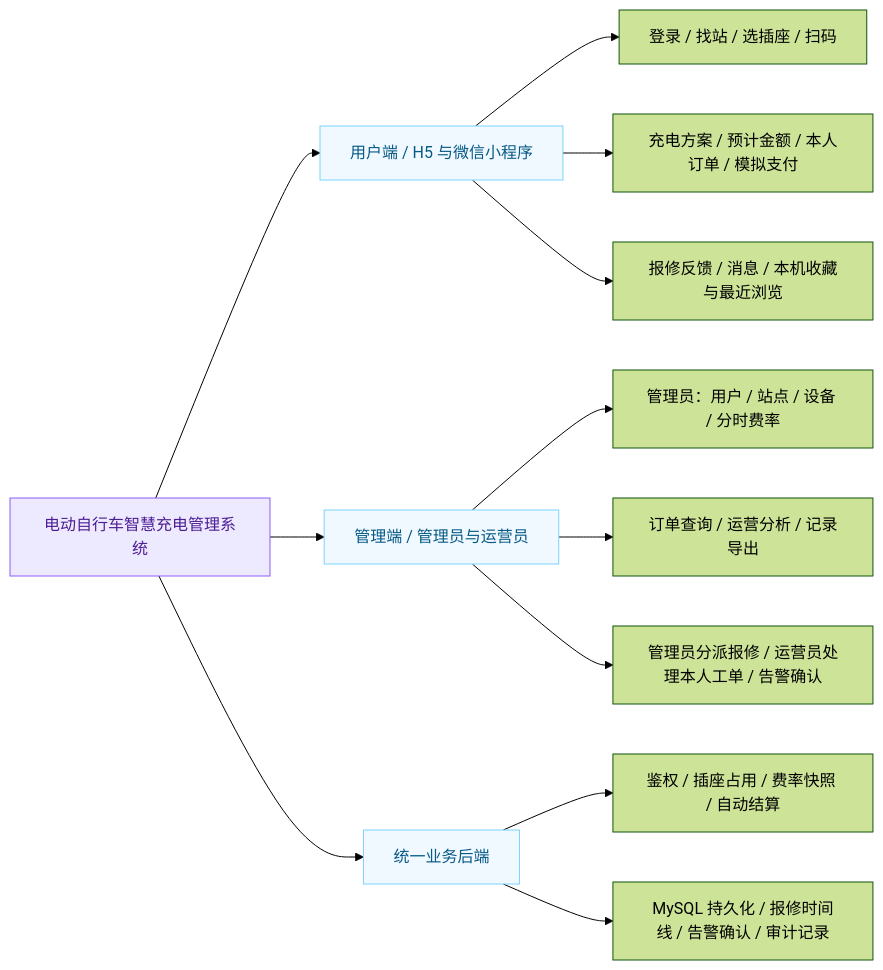
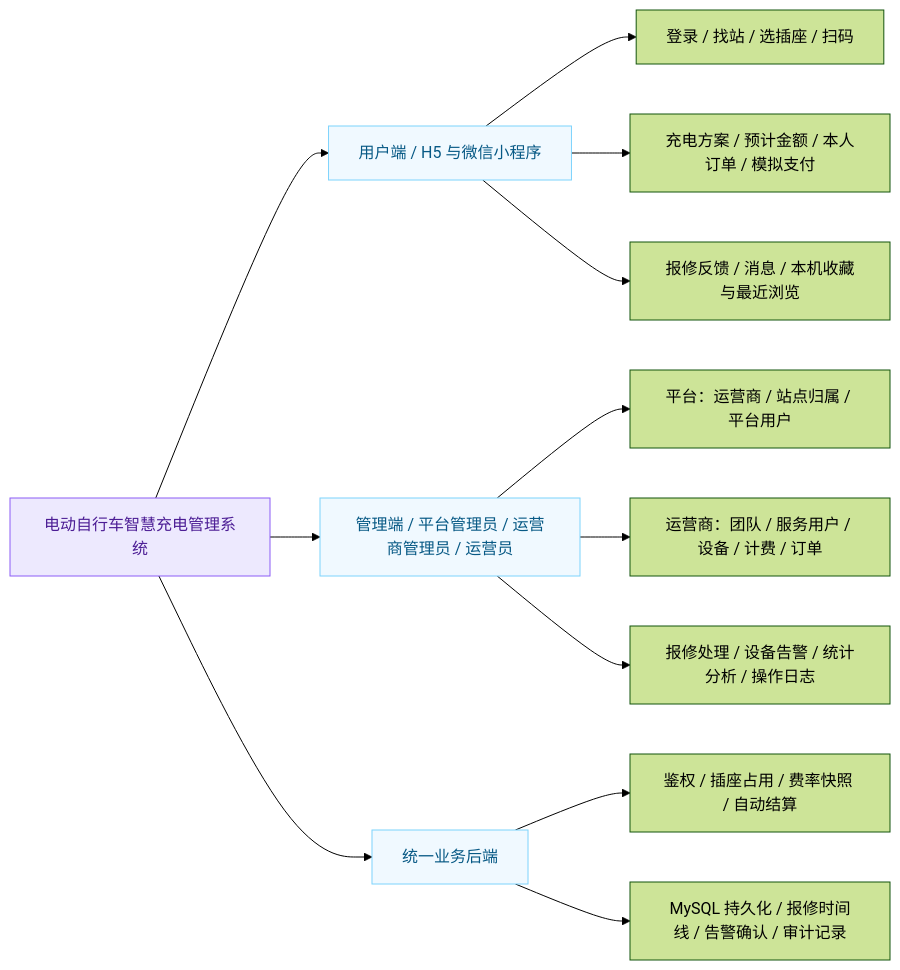
One commit to ifox-hu/campus-ebike-charging changed the first of 4 diagrams in README.md. Above: the diagram before and after it, drawn with Mermaid (forest theme). The commit also changed other lines of this file and 45 other files, not shown here.

````diff
--- a/README.md
+++ b/README.md
@@ -107,19 +127,19 @@
 ```mermaid
 flowchart LR
   Root["电动自行车智慧充电管理系统"]
   Root --> Customer["用户端 / H5 与微信小程序"]
-  Root --> Admin["管理端 / 管理员与运营员"]
+  Root --> Admin["管理端 / 平台管理员 / 运营商管理员 / 运营员"]
   Root --> Server["统一业务后端"]
   Customer --> Find["登录 / 找站 / 选插座 / 扫码"]
   Customer --> Use["充电方案 / 预计金额 / 本人订单 / 模拟支付"]
   Customer --> Feedback["报修反馈 / 消息 / 本机收藏与最近浏览"]
-  Admin --> Resources["管理员：用户 / 站点 / 设备 / 分时费率"]
-  Admin --> Operations["订单查询 / 运营分析 / 记录导出"]
-  Admin --> Maintenance["管理员分派报修 / 运营员处理本人工单 / 告警确认"]
+  Admin --> Resources["平台：运营商 / 站点归属 / 平台用户"]
+  Admin --> Operations["运营商：团队 / 服务用户 / 设备 / 计费 / 订单"]
+  Admin --> Maintenance["报修处理 / 设备告警 / 统计分析 / 操作日志"]
   Server --> Rules["鉴权 / 插座占用 / 费率快照 / 自动结算"]
   Server --> Records["MySQL 持久化 / 报修时间线 / 告警确认 / 审计记录"]
   classDef main fill:#ede9fe,stroke:#8b5cf6,color:#4c1d95
   classDef branch fill:#f0f9ff,stroke:#7dd3fc,color:#075985
   class Root main
   class Customer,Admin,Server branch
 ```
````
